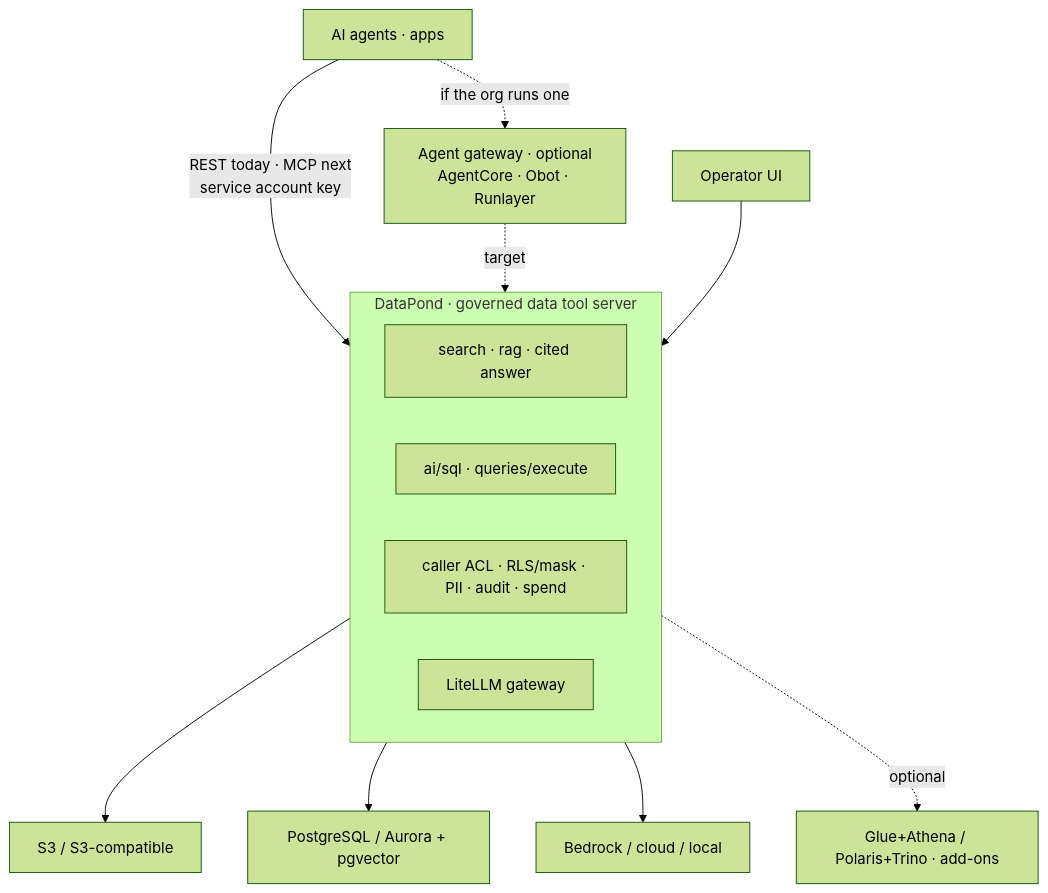
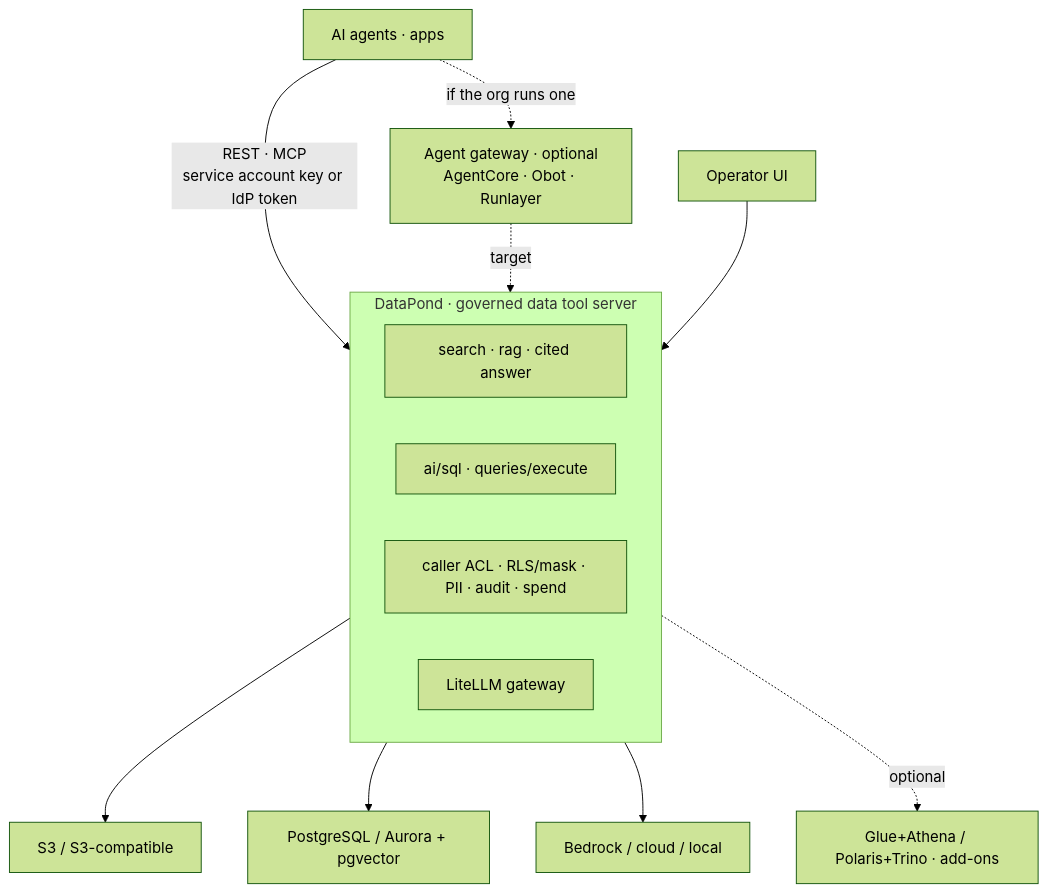
Before and after one commit to lukesgood/datapond: the diagram in docs/PRODUCT_CONCEPT.md, drawn with Mermaid (forest theme). The commit also changed other lines of this file and 8 other files, not shown here.

First line of the commit message:
docs: shipped features stop being described as roadmap

````diff
--- a/docs/PRODUCT_CONCEPT.md
+++ b/docs/PRODUCT_CONCEPT.md
@@ -129,19 +130,19 @@
 ```mermaid
 flowchart TB
-    AGENT[AI agents · apps] -- REST today · MCP next<br/>service account key --> TOOLS
+    AGENT[AI agents · apps] -- REST · MCP<br/>service account key or IdP token --> TOOLS
     AGENT -. if the org runs one .-> GW[Agent gateway · optional<br/>AgentCore · Obot · Runlayer]
     GW -. target .-> TOOLS
 
     subgraph TOOLS[DataPond · governed data tool server]
       RAG[search · rag · cited answer]
       SQL[ai/sql · queries/execute]
       GOV[caller ACL · RLS/mask · PII · audit · spend]
       GATE[LiteLLM gateway]
     end
 
     OPS[Operator UI] --> TOOLS
     TOOLS --> STORE[S3 / S3-compatible]
     TOOLS --> VECTOR[PostgreSQL / Aurora + pgvector]
     TOOLS --> MODEL[Bedrock / cloud / local]
     TOOLS -. optional .-> PLANE[Glue+Athena / Polaris+Trino · add-ons]
 ```
````
